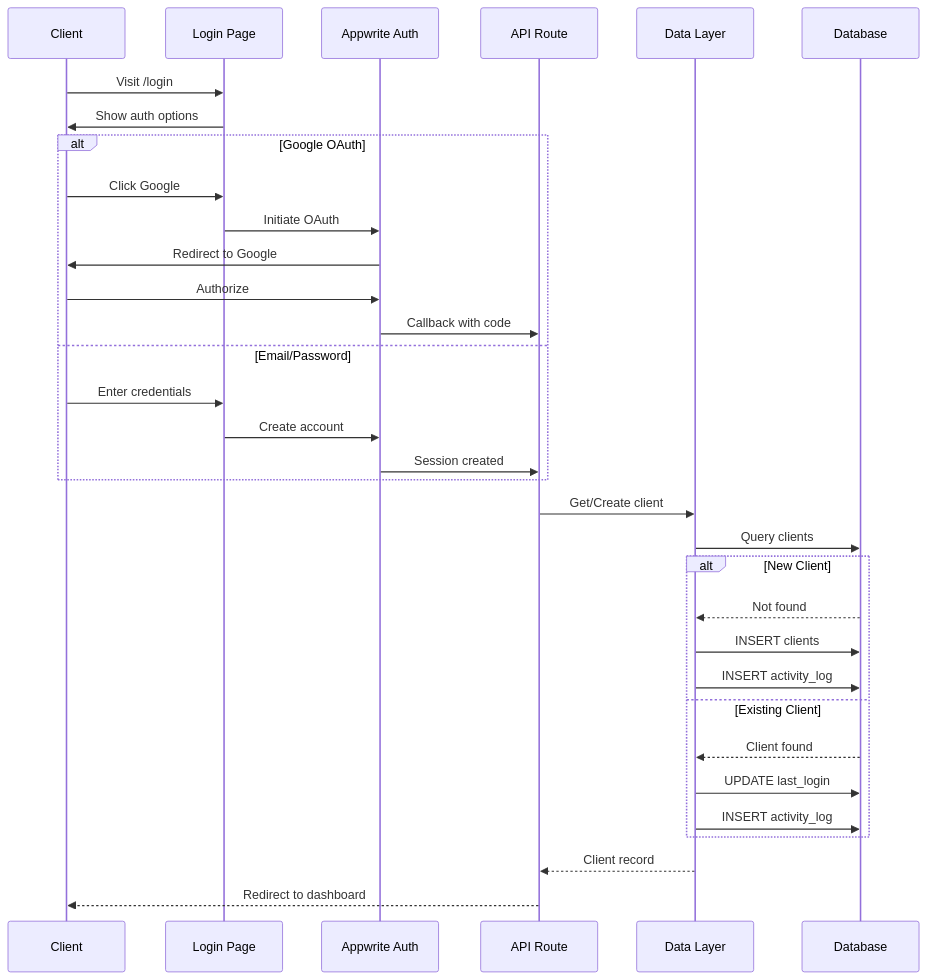
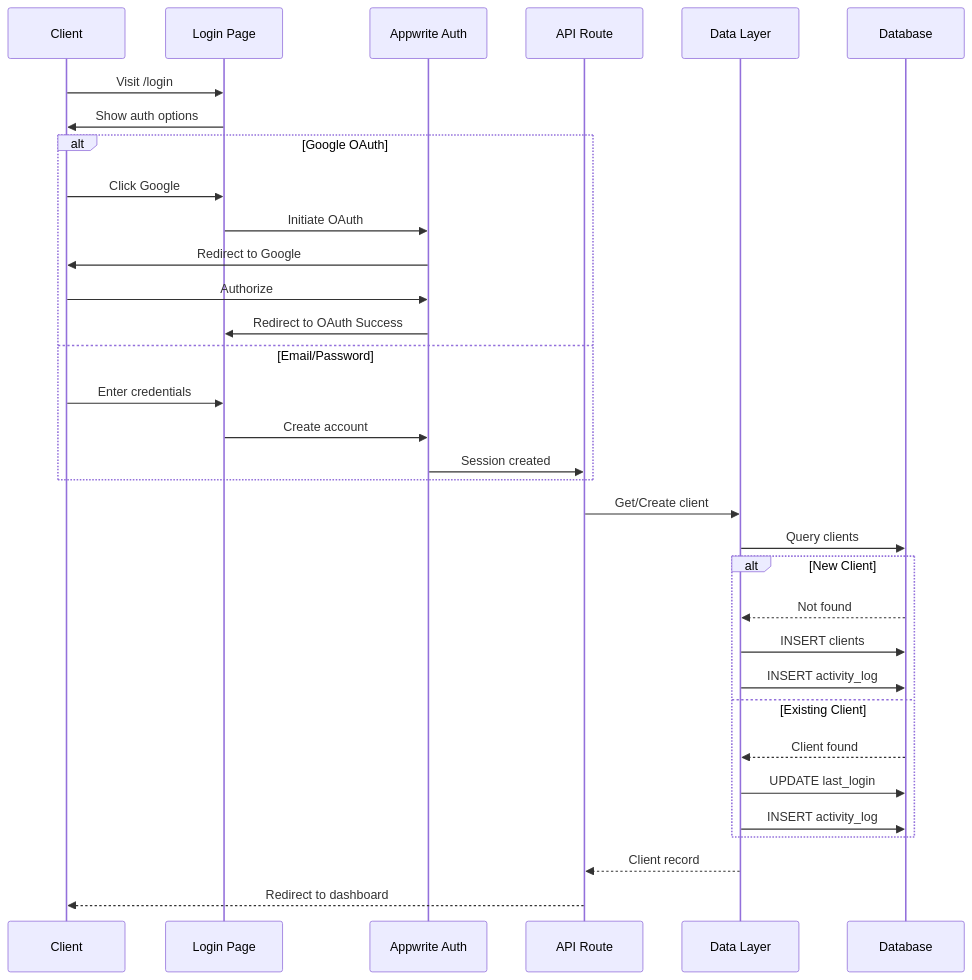
One commit to kpm34/college-football-fantasy-app changed the second of 2 diagrams in docs/diagrams/functional-flow/create-account.md. Above: the diagram before and after it, drawn with Mermaid. The commit also changed other lines of this file and 14 other files, not shown here.

````diff
--- a/docs/diagrams/functional-flow/create-account.md
+++ b/docs/diagrams/functional-flow/create-account.md
@@ -58,40 +58,40 @@
 ```mermaid
 sequenceDiagram
   participant C as Client
   participant UI as Login Page
   participant Auth as Appwrite Auth
   participant API as API Route
   participant DAL as Data Layer
   participant DB as Database
   
   C->>UI: Visit /login
   UI->>C: Show auth options
   
   alt Google OAuth
     C->>UI: Click Google
     UI->>Auth: Initiate OAuth
     Auth->>C: Redirect to Google
     C->>Auth: Authorize
-    Auth->>API: Callback with code
+    Auth->>UI: Redirect to OAuth Success
   else Email/Password
     C->>UI: Enter credentials
     UI->>Auth: Create account
     Auth->>API: Session created
   end
   
   API->>DAL: Get/Create client
   DAL->>DB: Query clients
   
   alt New Client
     DB-->>DAL: Not found
     DAL->>DB: INSERT clients
     DAL->>DB: INSERT activity_log
   else Existing Client
     DB-->>DAL: Client found
     DAL->>DB: UPDATE last_login
     DAL->>DB: INSERT activity_log
   end
   
   DAL-->>API: Client record
   API-->>C: Redirect to dashboard
 ```
````
